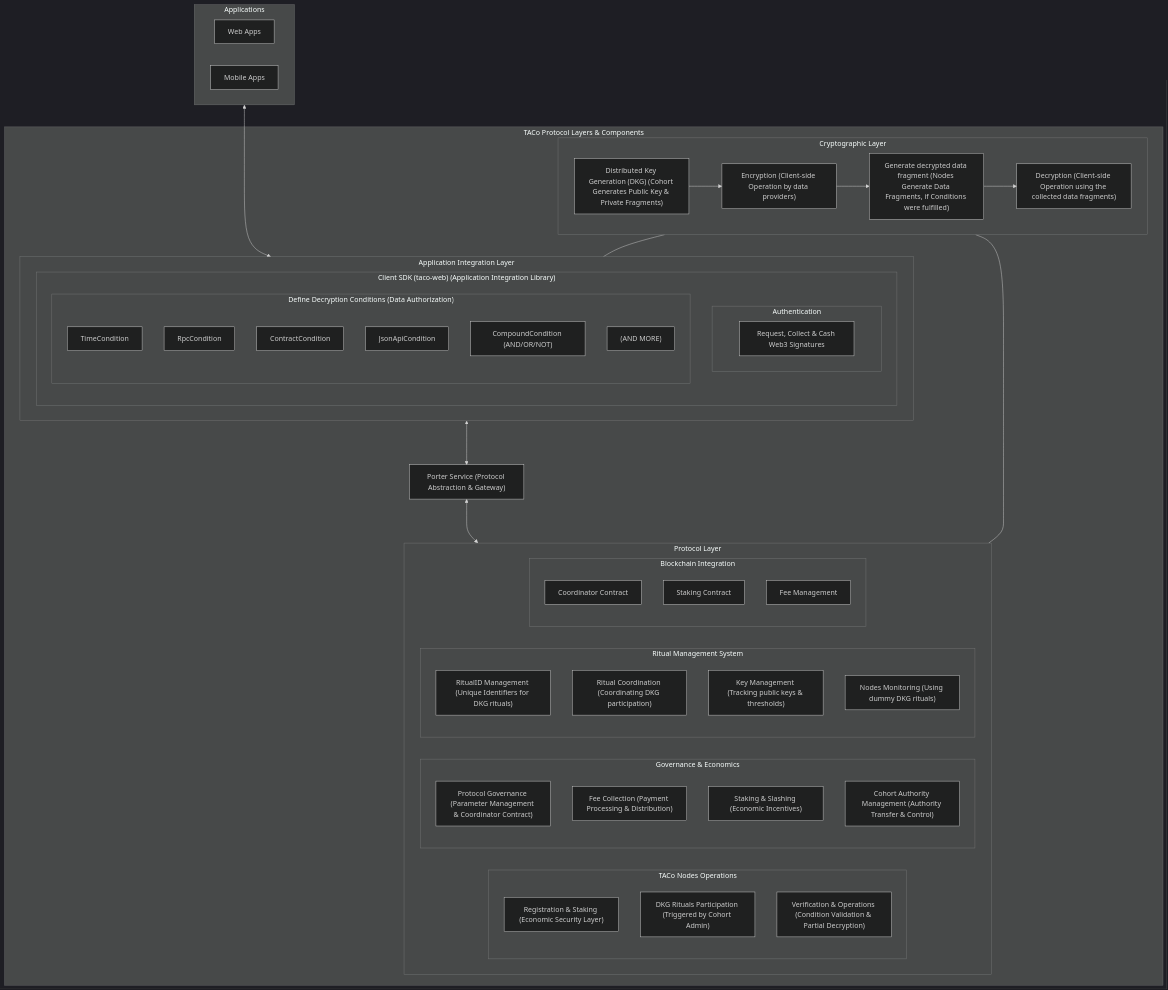
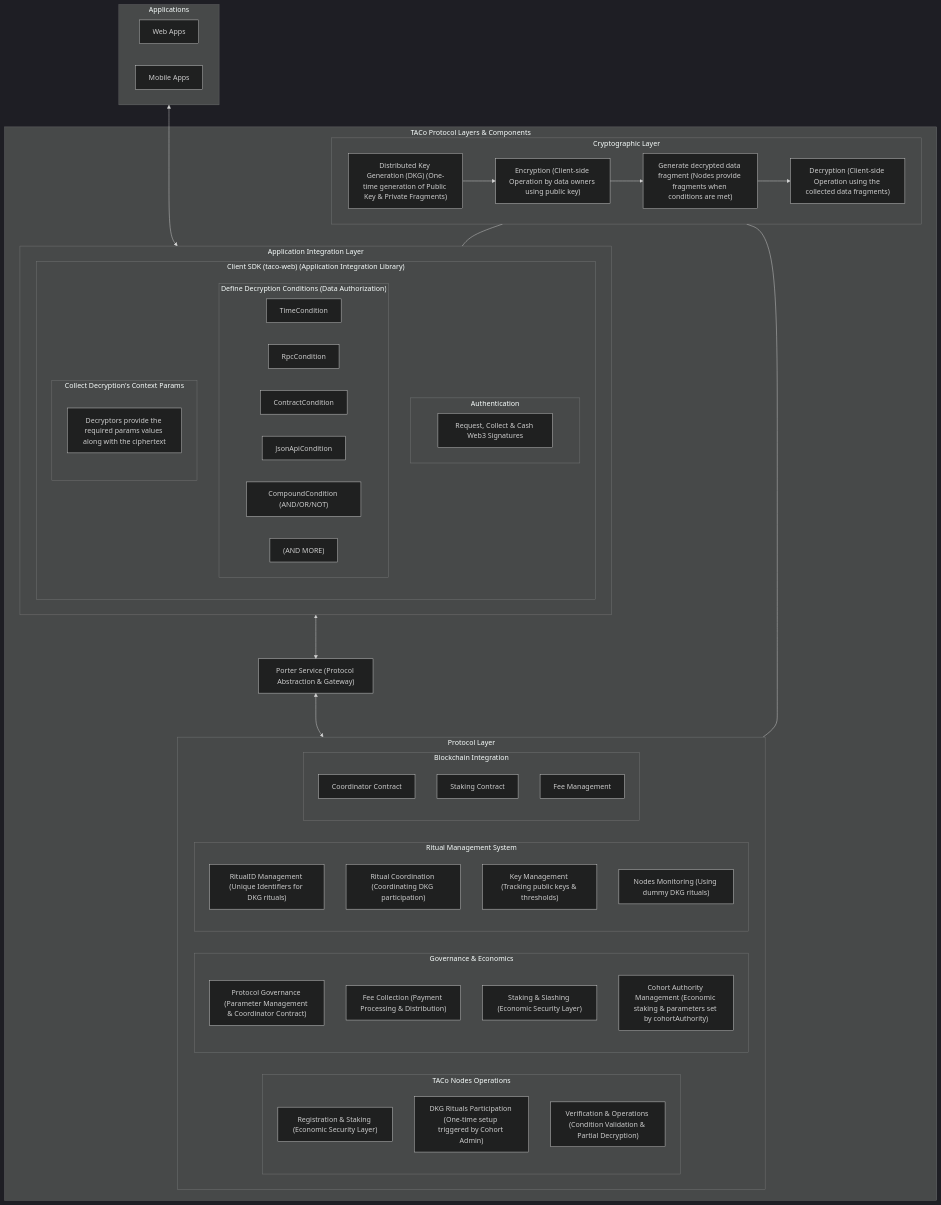
One commit to nucypher/taco-docs changed the diagram in .gitbook/assets/architecture/taco-layers-and-components.mermaid.md. Above: the diagram before and after it, drawn with Mermaid (dark theme). The commit also changed 4 other files, not shown here.

Commit message:
enhance the diagrams according to reviews

````diff
--- a/.gitbook/assets/architecture/taco-layers-and-components.mermaid.md
+++ b/.gitbook/assets/architecture/taco-layers-and-components.mermaid.md
@@ -14,19 +14,27 @@
 ```mermaid
 graph TD
+%% TACo Architecture Diagram - Version 2.0
+%% Enhanced for better processing
+%% data-category: user-applications
  subgraph app-integration["Applications"]
         web-apps["Web Apps"]
         mobile-apps["Mobile Apps"]
   end
 
+%% data-architecture-version: 2.0
  subgraph taco-system["TACo Protocol Layers & Components"]
 
+%% data-layer: application
  subgraph application-domain["Application Integration Layer"]
 
+%% data-component: client-sdk
     subgraph client-sdk["Client SDK (taco-web) (Application Integration Library)"]
+%% data-feature: authentication
             subgraph authentication["Authentication"]
                     web3-signatures-desc["Request, Collect & Cash Web3 Signatures"]
             end
 
+%% data-feature: conditions
             subgraph define-decryption-conditions["Define Decryption Conditions (Data Authorization)"]
                     time-condition["TimeCondition"]
                     rpc-condition["RpcCondition"]
@@ -35,47 +43,67 @@
                     compound-condition["CompoundCondition (AND/OR/NOT)"]
                     more-conditions["(AND MORE)"]
             end
+            
+%% data-feature: context-params
+            subgraph collect-context-params["Collect Decryption's Context Params"]
+                    context-params-desc["Decryptors provide the required params values along with the ciphertext"]
+            end
     end
   end
+%% data-component: nodes
  subgraph node-infrastructure["TACo Nodes Operations"]
         node-participation["Registration & Staking (Economic Security Layer)"]
-        cohort-organization["DKG Rituals Participation (Triggered by Cohort Admin)"]
+        cohort-organization["DKG Rituals Participation (One-time setup triggered by Cohort Admin)"]
         verification-operations["Verification & Operations (Condition Validation & Partial Decryption)"]
   end
+%% data-component: governance
  subgraph governance-economics["Governance & Economics"]
         protocol-governance["Protocol Governance (Parameter Management & Coordinator Contract)"]
         fee-collection["Fee Collection (Payment Processing & Distribution)"]
-        staking-slashing["Staking & Slashing (Economic Incentives)"]
-        cohort-authority-mgmt["Cohort Authority Management (Authority Transfer & Control)"]
+        staking-slashing["Staking & Slashing (Economic Security Layer)"]
+        cohort-authority-mgmt["Cohort Authority Management (Economic staking & parameters set by cohortAuthority)"]
   end
+%% data-component: ritual-management
  subgraph ritual-management["Ritual Management System"]
         ritual-id["RitualID Management (Unique Identifiers for DKG rituals)"]
         ritual-coordination["Ritual Coordination (Coordinating DKG participation)"]
         key-management["Key Management (Tracking public keys & thresholds)"]
         node-monitoring["Nodes Monitoring (Using dummy DKG rituals)"]
   end
+%% data-component: blockchain
  subgraph blockchain-integration["Blockchain Integration"]
         coordinator-contract["Coordinator Contract"]
         staking-contract["Staking Contract"]
         fee-contract["Fee Management"]
   end
+%% data-component: gateway
 porter-service["Porter Service (Protocol Abstraction & Gateway)"]
+%% data-layer: protocol
  subgraph protocol-domain["Protocol Layer"]
         node-infrastructure
         governance-economics
         ritual-management
         blockchain-integration
   end
+%% data-layer: cryptography
  subgraph crypto-layer["Cryptographic Layer"]
-        dkg["Distributed Key Generation (DKG) (Cohort Generates Public Key & Private Fragments)"]
-        encryption["Encryption (Client-side Operation by data providers)"]
-        threshold-schemes["Generate decrypted data fragment (Nodes Generate Data Fragments, if Conditions were fulfilled)"]
+%% data-operation: key-generation
+        dkg["Distributed Key Generation (DKG) (One-time generation of Public Key & Private Fragments)"]
+%% data-operation: data-encryption
+        encryption["Encryption (Client-side Operation by data owners using public key)"]
+%% data-operation: fragment-generation
+        threshold-schemes["Generate decrypted data fragment (Nodes provide fragments when conditions are met)"]
+%% data-operation: data-decryption
         decryption["Decryption (Client-side Operation using the collected data fragments)"]
   end
 
   end
+%% data-flow: app-integration
     app-integration <---> application-domain
+%% data-flow: layer-connections
     protocol-domain --- crypto-layer --- application-domain
+%% data-flow: porter-gateway
     application-domain <---> porter-service <---> protocol-domain
+%% data-flow: crypto-operations
     dkg --> encryption --> threshold-schemes --> decryption
 ```
````
